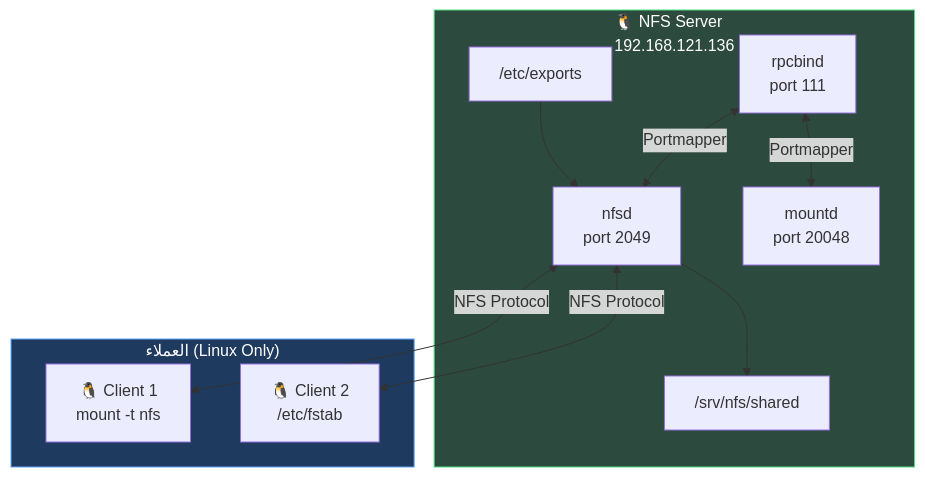
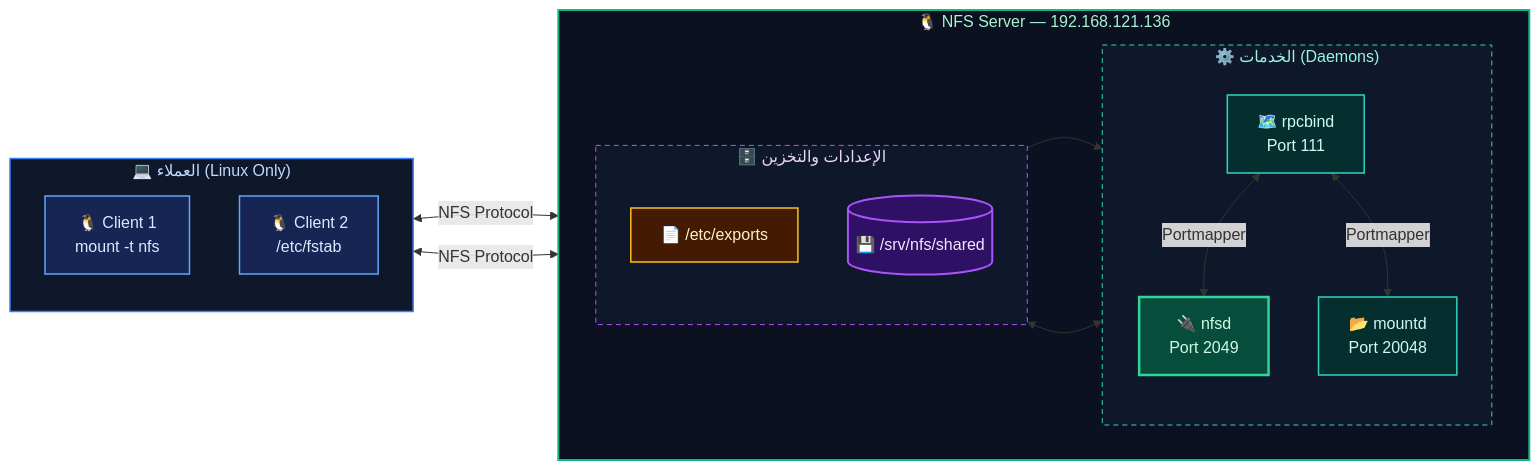
Before and after one commit to OfficialMoAdel/Linux: the first of 2 diagrams in storge/NFS.md, drawn with Mermaid. The commit also changed other lines of this file and 6 other files, not shown here.

````diff
--- a/storge/NFS.md
+++ b/storge/NFS.md
@@ -74,25 +75,49 @@
 ```mermaid
-flowchart TB
-    subgraph SERVER["🐧 NFS Server<br/>192.168.121.136"]
-        NFSD["nfsd<br/>port 2049"]
-        RPCBIND["rpcbind<br/>port 111"]
-        MOUNTD["mountd<br/>port 20048"]
-        EXPORTS["/etc/exports"]
-        SHARE["/srv/nfs/shared"]
-    end
-    
-    subgraph CLIENTS["العملاء (Linux Only)"]
+flowchart LR
+    subgraph CLIENTS["💻 العملاء (Linux Only)"]
+        direction TB
         C1["🐧 Client 1<br/>mount -t nfs"]
         C2["🐧 Client 2<br/>/etc/fstab"]
     end
-    
-    RPCBIND <-->|Portmapper| NFSD
-    RPCBIND <-->|Portmapper| MOUNTD
-    NFSD <-->|NFS Protocol| C1
-    NFSD <-->|NFS Protocol| C2
-    EXPORTS --> NFSD
-    NFSD --> SHARE
-    
-    style SERVER fill:#2d4a3e,stroke:#4ade80,color:#fff
-    style CLIENTS fill:#1e3a5f,stroke:#60a5fa,color:#fff
+
+    subgraph SERVER["🐧 NFS Server — 192.168.121.136"]
+        direction LR
+        subgraph DAEMONS["⚙️ الخدمات (Daemons)"]
+            direction TB
+            NFSD["🔌 nfsd<br/>Port 2049"]
+            RPCBIND["🗺️ rpcbind<br/>Port 111"]
+            MOUNTD["📂 mountd<br/>Port 20048"]
+        end
+
+        subgraph DATA["🗄️ الإعدادات والتخزين"]
+            direction TB
+            EXPORTS["📄 /etc/exports"]
+            SHARE[("💾 /srv/nfs/shared")]
+        end
+
+        RPCBIND <-->|"Portmapper"| NFSD
+        RPCBIND <-->|"Portmapper"| MOUNTD
+        EXPORTS --> NFSD
+        NFSD <--> SHARE
+    end
+
+    C1 <-->|"NFS Protocol"| NFSD
+    C2 <-->|"NFS Protocol"| NFSD
+
+    classDef clientStyle fill:#172554,stroke:#60a5fa,stroke-width:1.5px,color:#dbeafe
+    classDef nfsdStyle fill:#064e3b,stroke:#34d399,stroke-width:2.5px,color:#d1fae5
+    classDef daemonStyle fill:#042f2e,stroke:#2dd4bf,stroke-width:1.5px,color:#ccfbf1
+    classDef configStyle fill:#451a03,stroke:#fbbf24,stroke-width:1.5px,color:#fef3c7
+    classDef storageStyle fill:#2e1065,stroke:#a855f7,stroke-width:2px,color:#f3e8ff
+
+    class C1,C2 clientStyle
+    class NFSD nfsdStyle
+    class RPCBIND,MOUNTD daemonStyle
+    class EXPORTS configStyle
+    class SHARE storageStyle
+
+    style CLIENTS fill:#0f172a,stroke:#3b82f6,stroke-width:1.5px,color:#bfdbfe
+    style SERVER fill:#0b1120,stroke:#10b981,stroke-width:2px,color:#a7f3d0
+    style DAEMONS fill:#0f172a,stroke:#2dd4bf,stroke-width:1px,stroke-dasharray: 5 4,color:#99f6e4
+    style DATA fill:#0f172a,stroke:#a855f7,stroke-width:1px,stroke-dasharray: 5 4,color:#e9d5ff
 ```
````
